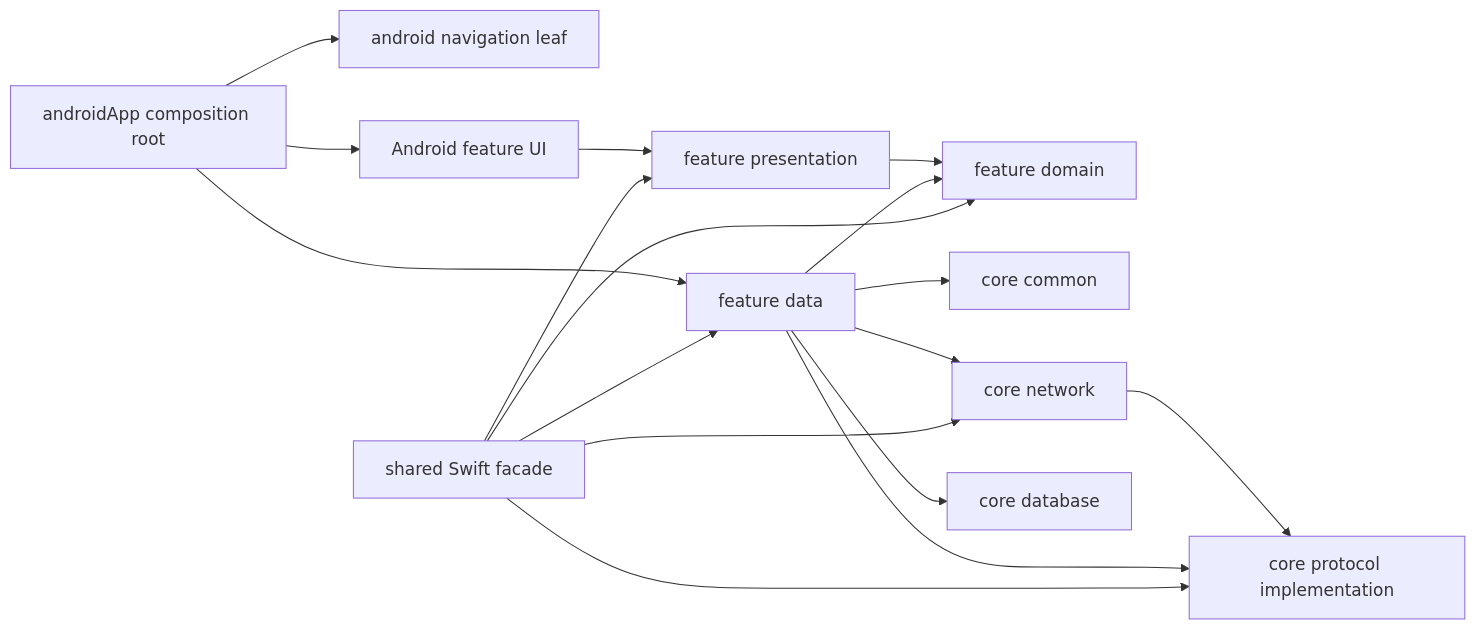
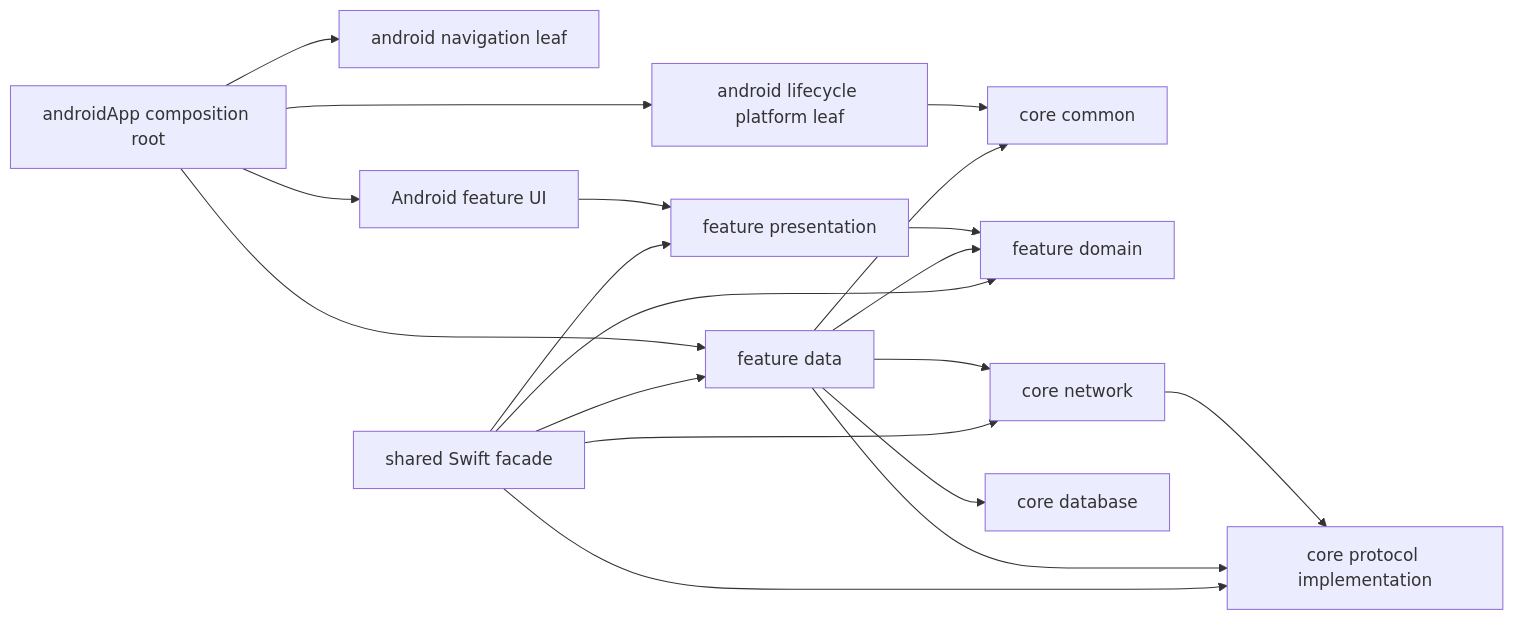
One commit to VictorSkurchik/rotki changed the diagram in mobile/docs/architecture.md. Above: the diagram before and after it, drawn with Mermaid. The commit also changed other lines of this file and 15 other files, not shown here.

Commit message:
refactor(mobile): extract Android lifecycle

````diff
--- a/mobile/docs/architecture.md
+++ b/mobile/docs/architecture.md
@@ -155,19 +164,21 @@
 ```mermaid
 flowchart LR
     AndroidApp["androidApp composition root"] --> AndroidNavigation["android navigation leaf"]
+    AndroidApp --> AndroidPlatform["android lifecycle platform leaf"]
+    AndroidPlatform --> Common["core common"]
     AndroidApp["androidApp composition root"] --> AndroidFeature["Android feature UI"]
     AndroidFeature --> Presentation["feature presentation"]
     Presentation --> Domain["feature domain"]
     Data["feature data"] --> Domain
     Data --> Common["core common"]
     Data --> Network["core network"]
     Network --> Protocol["core protocol implementation"]
     Data --> Protocol
     Data --> Database["core database"]
     AndroidApp --> Data
     Shared["shared Swift facade"] --> Presentation
     Shared --> Domain
     Shared --> Data
     Shared --> Protocol
     Shared --> Network
 ```
````
